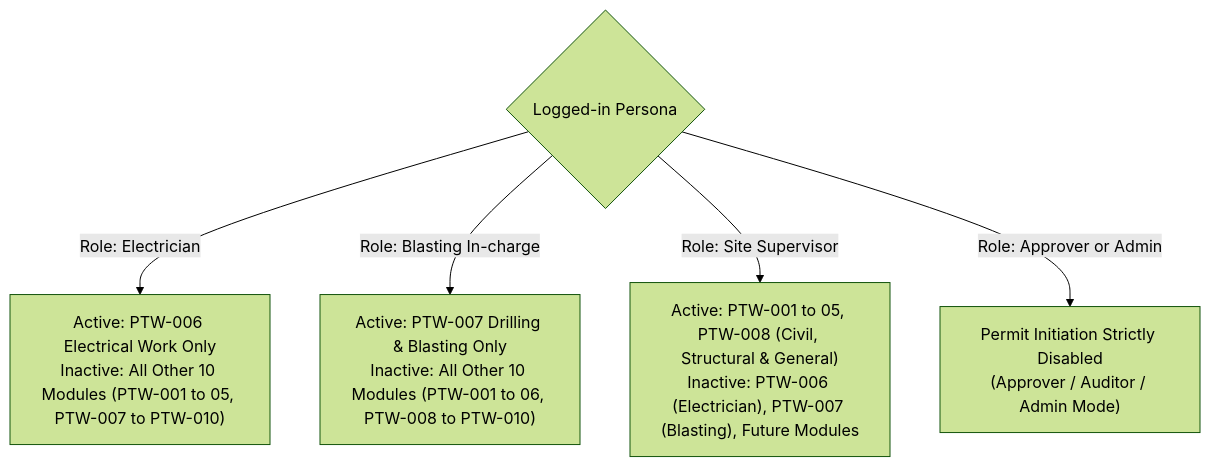
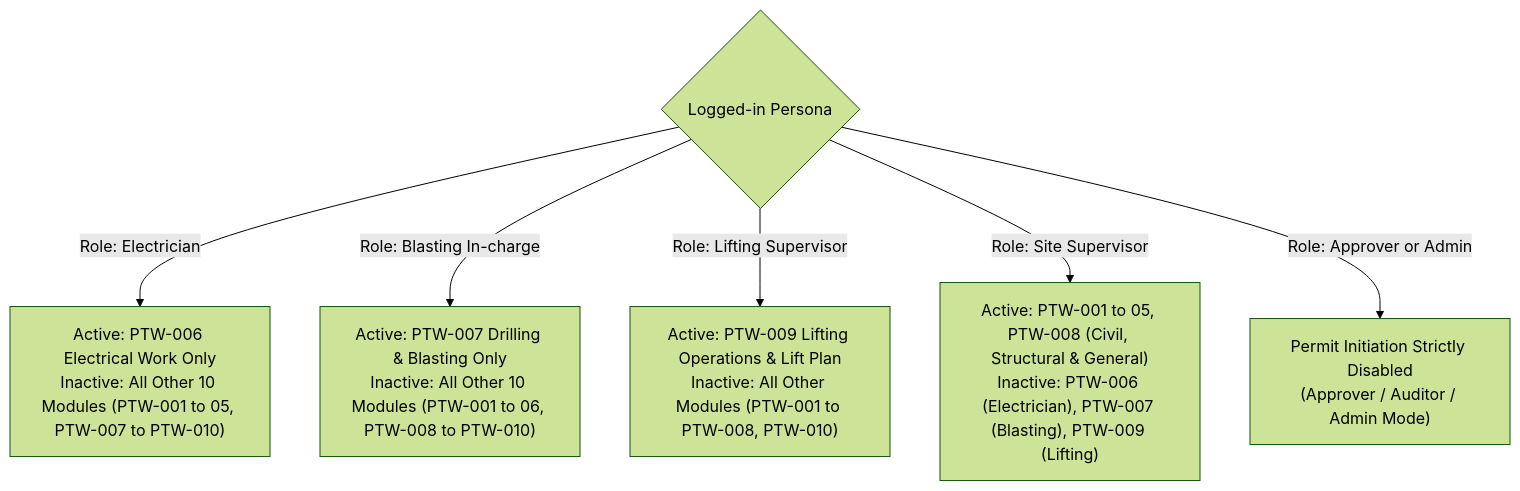
Diagram 16 of 38 in README.md (AuroGroupAutomationBot/ARPL-EHS-Demo), drawn with Mermaid (forest theme) before and after one commit. The commit also changed other lines of this file and 9 other files, not shown here.

````diff
--- a/README.md
+++ b/README.md
@@ -852,7 +1036,8 @@
 ```mermaid
 graph TD
     INIT{"Logged-in Persona"} -->|Role: Electrician| E_FLOW["Active: PTW-006 Electrical Work Only<br/>Inactive: All Other 10 Modules (PTW-001 to 05, PTW-007 to PTW-010)"]
     INIT -->|Role: Blasting In-charge| B_FLOW["Active: PTW-007 Drilling & Blasting Only<br/>Inactive: All Other 10 Modules (PTW-001 to 06, PTW-008 to PTW-010)"]
-    INIT -->|Role: Site Supervisor| S_FLOW["Active: PTW-001 to 05, PTW-008 (Civil, Structural & General)<br/>Inactive: PTW-006 (Electrician), PTW-007 (Blasting), Future Modules"]
+    INIT -->|Role: Lifting Supervisor| LS_FLOW["Active: PTW-009 Lifting Operations & Lift Plan<br/>Inactive: All Other Modules (PTW-001 to PTW-008, PTW-010)"]
+    INIT -->|Role: Site Supervisor| S_FLOW["Active: PTW-001 to 05, PTW-008 (Civil, Structural & General)<br/>Inactive: PTW-006 (Electrician), PTW-007 (Blasting), PTW-009 (Lifting)"]
     INIT -->|Role: Approver or Admin| NON_INIT["Permit Initiation Strictly Disabled<br/>(Approver / Auditor / Admin Mode)"]
 ```
````
